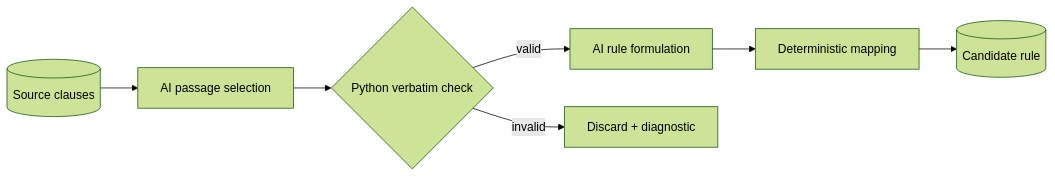
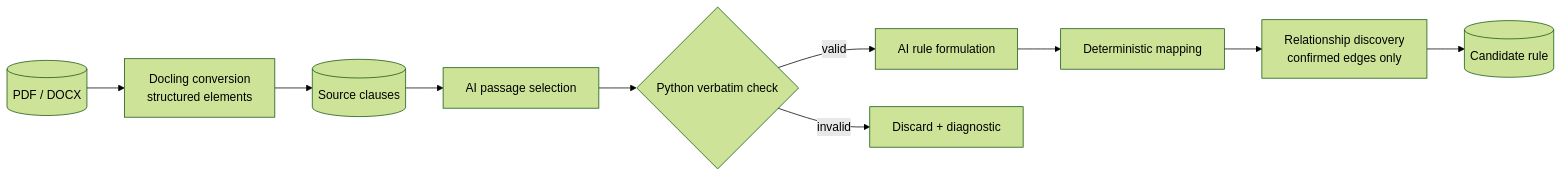
The diagram in docs/ai-assistance.md (taomar/policy-governance-engine), drawn with Mermaid (forest theme) before and after one commit. The commit also changed other lines of this file and 10 other files, not shown here.

````diff
--- a/docs/ai-assistance.md
+++ b/docs/ai-assistance.md
@@ -38,13 +38,16 @@
 ```mermaid
 flowchart LR
+    Doc[("PDF / DOCX")]
+    Convert["Docling conversion<br/>structured elements"]
     Clauses[("Source clauses")]
     Select["AI passage selection"]
     Verify{"Python verbatim check"}
     Formulate["AI rule formulation"]
     Map["Deterministic mapping"]
+    Link["Relationship discovery<br/>confirmed edges only"]
     Candidate[("Candidate rule")]
 
-    Clauses --> Select --> Verify
-    Verify -- valid --> Formulate --> Map --> Candidate
+    Doc --> Convert --> Clauses --> Select --> Verify
+    Verify -- valid --> Formulate --> Map --> Link --> Candidate
     Verify -- invalid --> Drop["Discard + diagnostic"]
 ```
````
